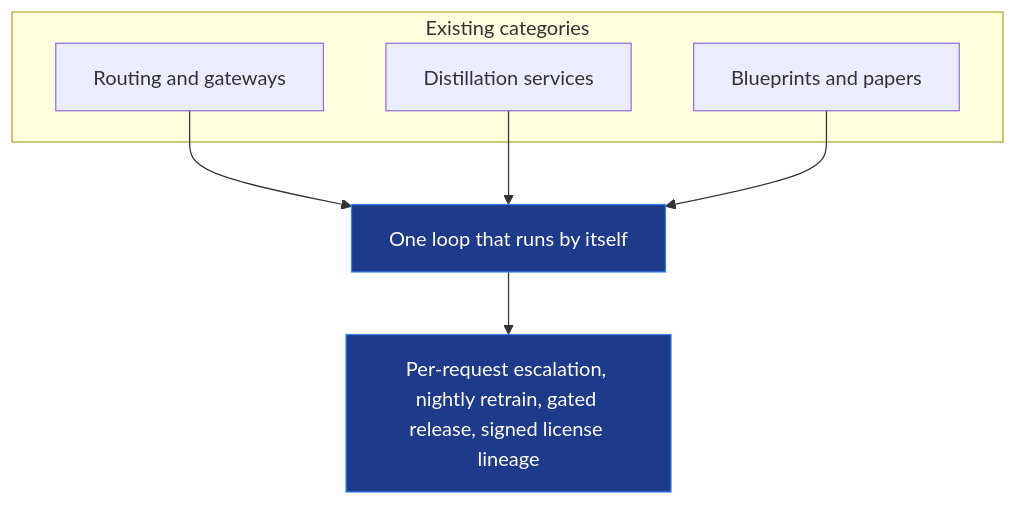
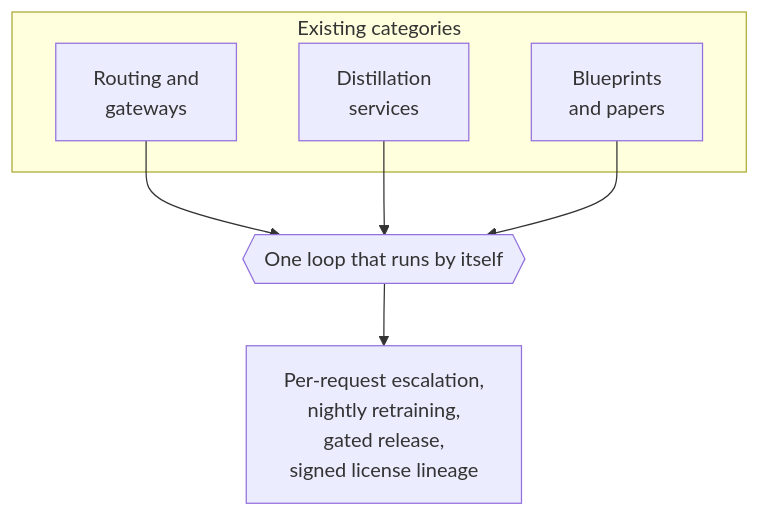
Before and after one commit to harshbhx/ratchet: the second of 2 diagrams in docs-site/src/content/docs/guides/business.mdx, drawn with Mermaid. The commit also changed other lines of this file and 25 other files, not shown here.

````diff
--- a/docs-site/src/content/docs/guides/business.mdx
+++ b/docs-site/src/content/docs/guides/business.mdx
@@ -60,14 +85,14 @@
 ```mermaid
 flowchart TB
   subgraph Prior["Existing categories"]
-    A["Routing and gateways"]
-    B["Distillation services"]
-    C["Blueprints and papers"]
+    A["Routing and<br/>gateways"]
+    B["Distillation<br/>services"]
+    C["Blueprints<br/>and papers"]
   end
-  A --> X["One loop that runs by itself"]
+  A --> X{{"One loop that runs by itself"}}
   B --> X
   C --> X
-  X --> O["Per-request escalation, nightly retrain, gated release, signed license lineage"]
-  classDef new fill:#1e3a8a,stroke:#3b82f6,color:#fff
-  class X,O new
+  X --> O["Per-request escalation,<br/>nightly retraining,<br/>gated release,<br/>signed license lineage"]
+  class X gate
+  class O ok
 ```
````
